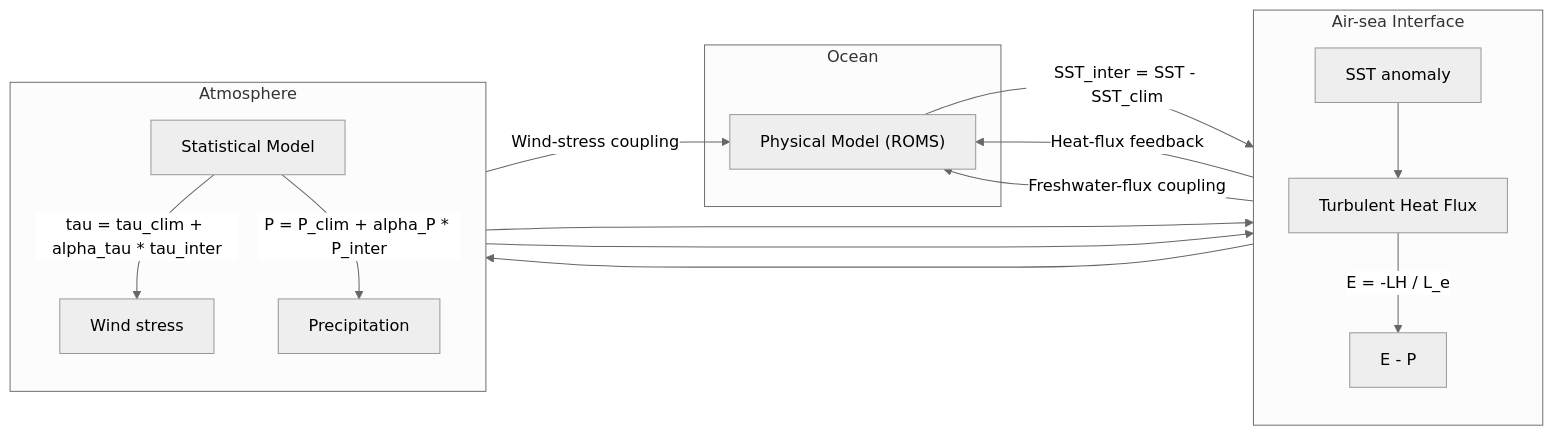
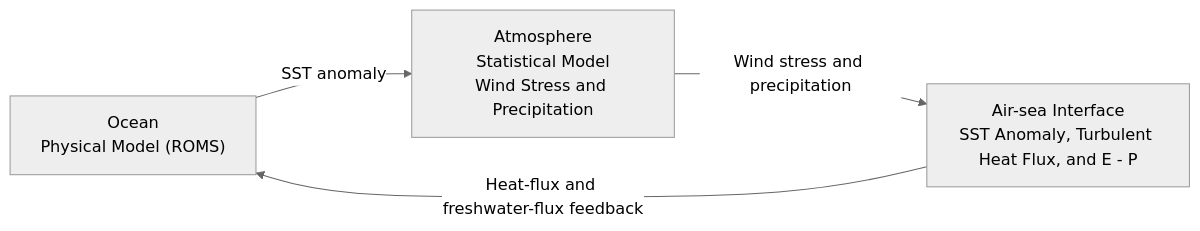
Before and after one commit to yangyu-climate/HCM_ROMS: the diagram in README.md, drawn with Mermaid (neutral theme).

Commit message:
Simplify README coupling diagram

````diff
--- a/README.md
+++ b/README.md
@@ -19,32 +19,10 @@
 ```mermaid
 flowchart LR
-    subgraph OCEAN["Ocean"]
-        ROMS["Physical Model (ROMS)"]
-    end
+    OCEAN["Ocean<br/>Physical Model (ROMS)"]
+    ATM["Atmosphere<br/>Statistical Model<br/>Wind Stress and Precipitation"]
+    ASI["Air-sea Interface<br/>SST Anomaly, Turbulent Heat Flux, and E - P"]
 
-    subgraph ASI["Air-sea Interface"]
-        direction TB
-        SST["SST anomaly"]
-        BULK["Turbulent Heat Flux"]
-        EMP["E - P"]
-    end
-
-    subgraph ATM["Atmosphere"]
-        direction TB
-        STAT["Statistical Model"]
-        TAU["Wind stress"]
-        PRECIP["Precipitation"]
-    end
-
-    ROMS -->|"SST_inter = SST - SST_clim"| SST
-    SST --> STAT
-    STAT -->|"tau = tau_clim + alpha_tau * tau_inter"| TAU
-    STAT -->|"P = P_clim + alpha_P * P_inter"| PRECIP
-    TAU -->|"Wind-stress coupling"| ROMS
-    TAU --> BULK
-    SST --> BULK
-    BULK -->|"Heat-flux feedback"| ROMS
-    BULK -->|"E = -LH / L_e"| EMP
-    PRECIP --> EMP
-    EMP -->|"Freshwater-flux coupling"| ROMS
+    OCEAN -->|"SST anomaly"| ATM
+    ATM -->|"Wind stress and precipitation"| ASI
+    ASI -->|"Heat-flux and freshwater-flux feedback"| OCEAN
 ```
````
